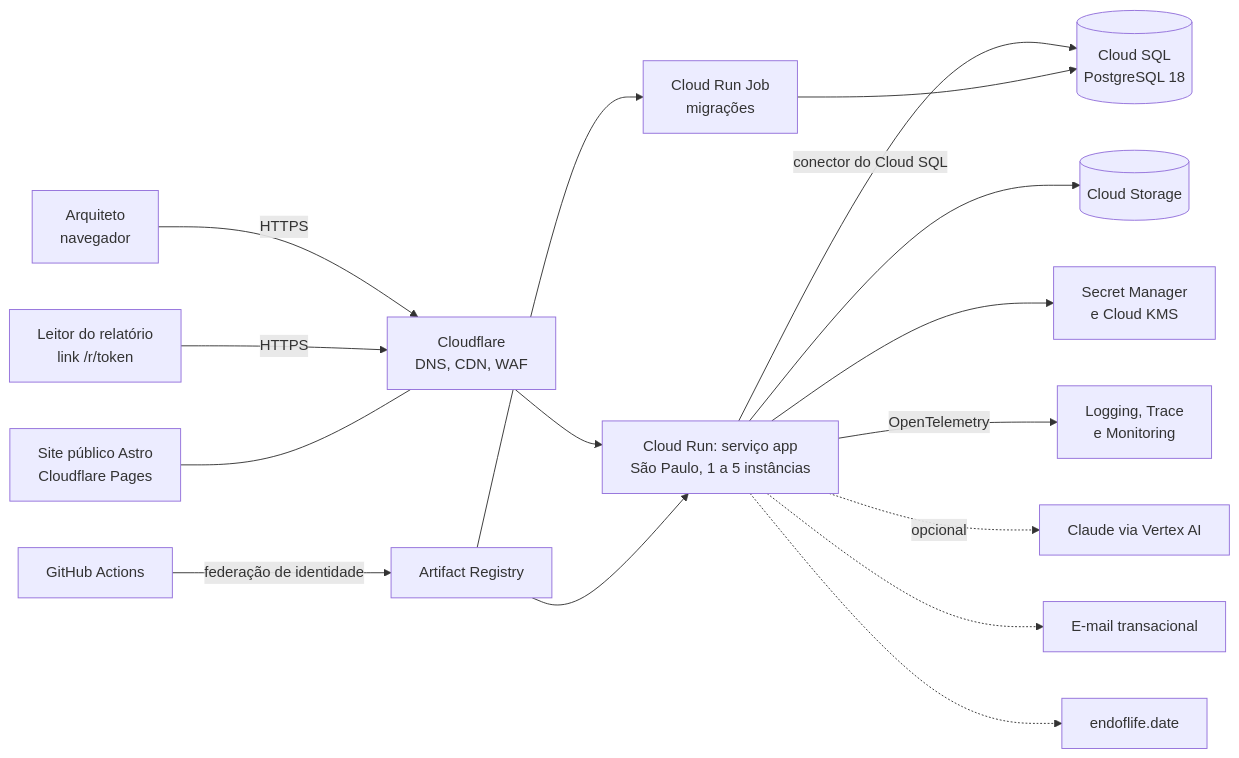
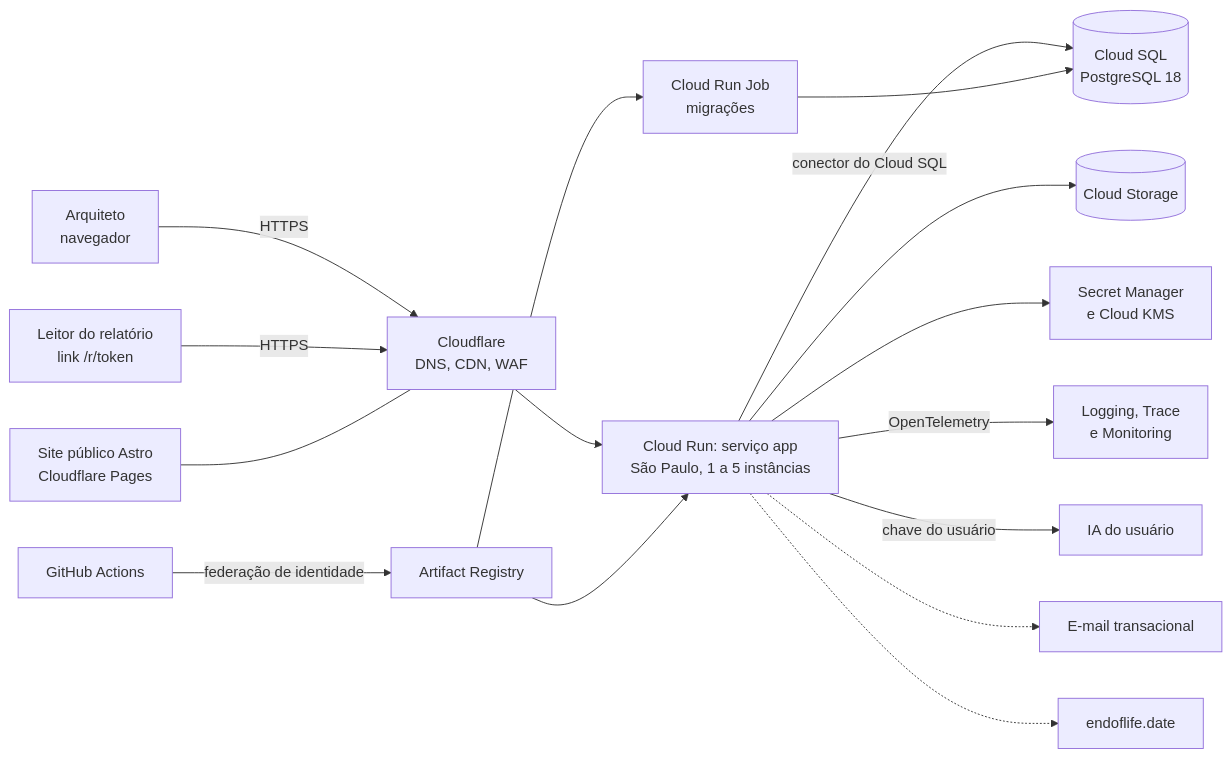
Before and after one commit to RecheEduardo/stacksync: the eighth of 8 diagrams in StackSync - Parte 4 Arquitetura e planejamento técnico.md, drawn with Mermaid. The commit also changed other lines of this file, not shown here.

First line of the commit message:
docs: ajusta a Parte 4 ao novo escopo (IA do usuário, sem custos)

````diff
--- a/StackSync - Parte 4 Arquitetura e planejamento técnico.md
+++ b/StackSync - Parte 4 Arquitetura e planejamento técnico.md
@@ -1213,18 +1258,18 @@
 ```mermaid
 flowchart LR
   U["Arquiteto<br/>navegador"] -->|HTTPS| CF["Cloudflare<br/>DNS, CDN, WAF"]
   L["Leitor do relatório<br/>link /r/token"] -->|HTTPS| CF
   CF --> CR["Cloud Run: serviço app<br/>São Paulo, 1 a 5 instâncias"]
   CR -->|"conector do Cloud SQL"| DB[("Cloud SQL<br/>PostgreSQL 18")]
   CR --> GCS[("Cloud Storage")]
   CR --> SM["Secret Manager<br/>e Cloud KMS"]
   CR -->|OpenTelemetry| OBS["Logging, Trace<br/>e Monitoring"]
-  CR -.->|opcional| LLM["Claude via Vertex AI"]
+  CR -->|"chave do usuário"| IAU["IA do usuário"]
   CR -.-> MAIL["E-mail transacional"]
   CR -.-> EOL["endoflife.date"]
   JOB["Cloud Run Job<br/>migrações"] --> DB
   GH["GitHub Actions"] -->|"federação de identidade"| AR["Artifact Registry"]
   AR --> CR
   AR --> JOB
   SITE["Site público Astro<br/>Cloudflare Pages"] --- CF
 ```
````
